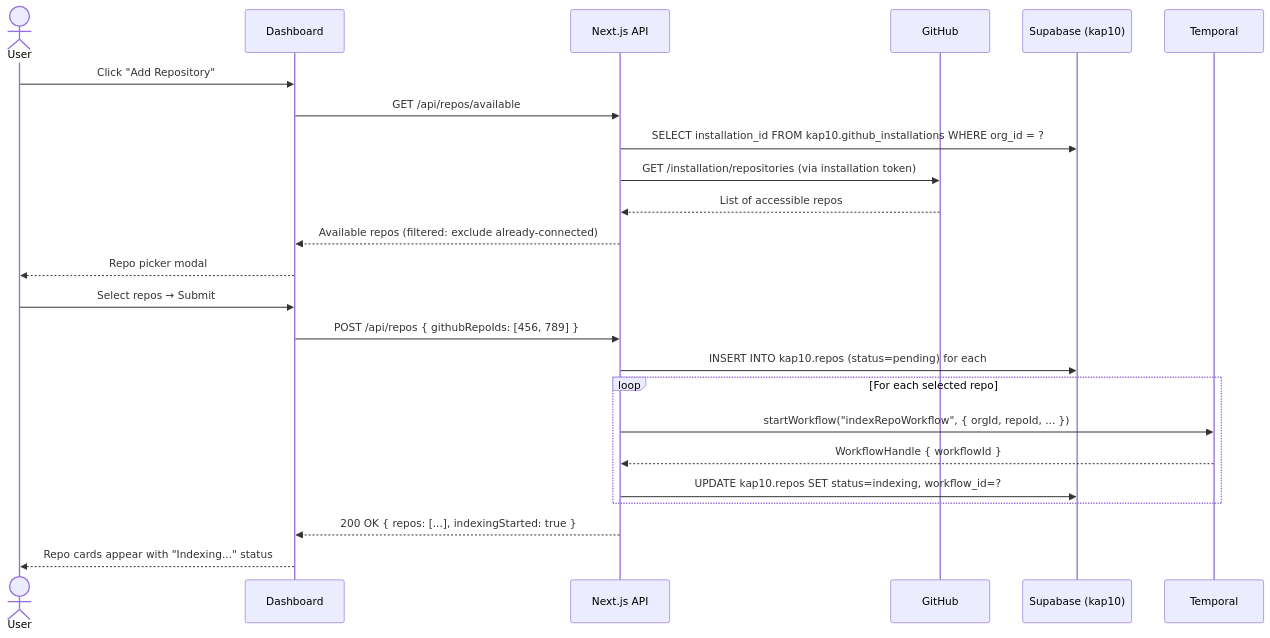
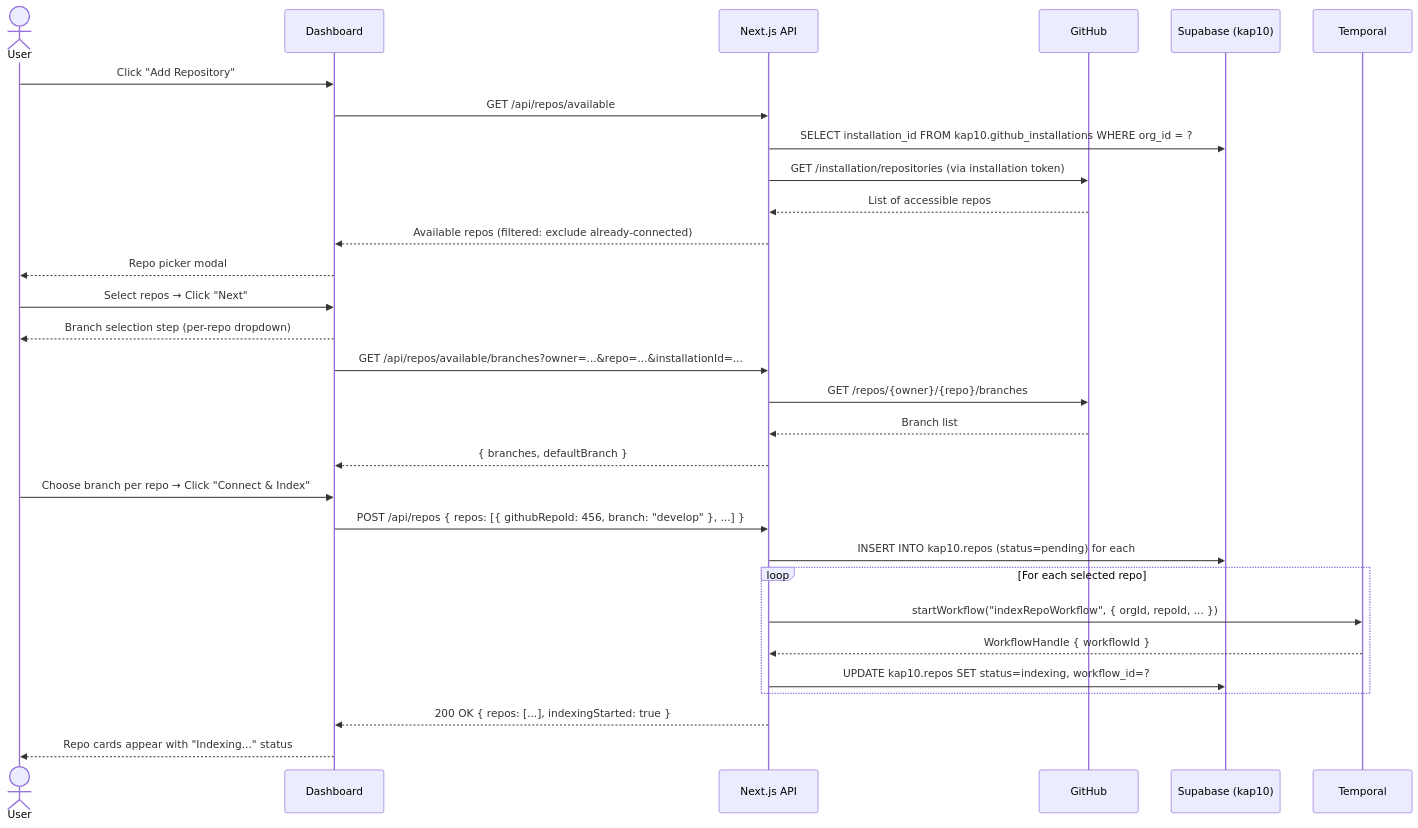
The second of 5 diagrams in docs/architecture/PHASE_1_GITHUB_CONNECT_AND_INDEXING.md (AutoRail-AI/kap10-server), drawn with Mermaid before and after one commit. The commit also changed other lines of this file and 16 other files, not shown here.

````diff
--- a/docs/architecture/PHASE_1_GITHUB_CONNECT_AND_INDEXING.md
+++ b/docs/architecture/PHASE_1_GITHUB_CONNECT_AND_INDEXING.md
@@ -128,27 +128,33 @@
 ```mermaid
 sequenceDiagram
     actor User
     participant Dashboard
     participant NextAPI as Next.js API
     participant GitHub
     participant Supabase as Supabase (kap10)
     participant Temporal
 
     User->>Dashboard: Click "Add Repository"
     Dashboard->>NextAPI: GET /api/repos/available
     NextAPI->>Supabase: SELECT installation_id FROM kap10.github_installations WHERE org_id = ?
     NextAPI->>GitHub: GET /installation/repositories (via installation token)
     GitHub-->>NextAPI: List of accessible repos
     NextAPI-->>Dashboard: Available repos (filtered: exclude already-connected)
     Dashboard-->>User: Repo picker modal
-    User->>Dashboard: Select repos → Submit
-    Dashboard->>NextAPI: POST /api/repos { githubRepoIds: [456, 789] }
+    User->>Dashboard: Select repos → Click "Next"
+    Dashboard-->>User: Branch selection step (per-repo dropdown)
+    Dashboard->>NextAPI: GET /api/repos/available/branches?owner=...&repo=...&installationId=...
+    NextAPI->>GitHub: GET /repos/{owner}/{repo}/branches
+    GitHub-->>NextAPI: Branch list
+    NextAPI-->>Dashboard: { branches, defaultBranch }
+    User->>Dashboard: Choose branch per repo → Click "Connect & Index"
+    Dashboard->>NextAPI: POST /api/repos { repos: [{ githubRepoId: 456, branch: "develop" }, ...] }
     NextAPI->>Supabase: INSERT INTO kap10.repos (status=pending) for each
     loop For each selected repo
         NextAPI->>Temporal: startWorkflow("indexRepoWorkflow", { orgId, repoId, ... })
         Temporal-->>NextAPI: WorkflowHandle { workflowId }
         NextAPI->>Supabase: UPDATE kap10.repos SET status=indexing, workflow_id=?
     end
     NextAPI-->>Dashboard: 200 OK { repos: [...], indexingStarted: true }
     Dashboard-->>User: Repo cards appear with "Indexing..." status
 ```
````
